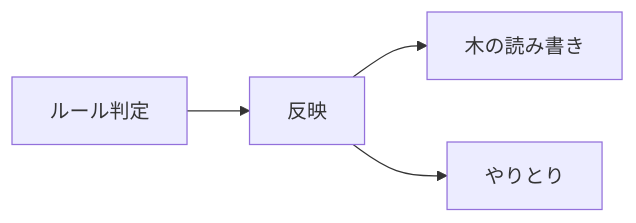
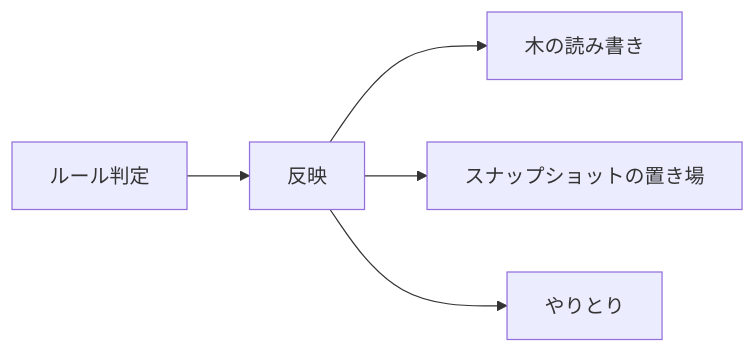
One commit to yamambainc/logiforge changed the diagram in design/backend/merge.md. Above: the diagram before and after it, drawn with Mermaid. The commit also changed other lines of this file and 22 other files, not shown here.

````diff
--- a/design/backend/merge.md
+++ b/design/backend/merge.md
@@ -8,6 +8,7 @@
 ```mermaid
 flowchart LR
   RULE["ルール判定"] --> MERGE["反映"]
   MERGE --> P1["木の読み書き"]
+  MERGE --> P4["スナップショットの置き場"]
   MERGE --> P2["やりとり"]
 ```
````
